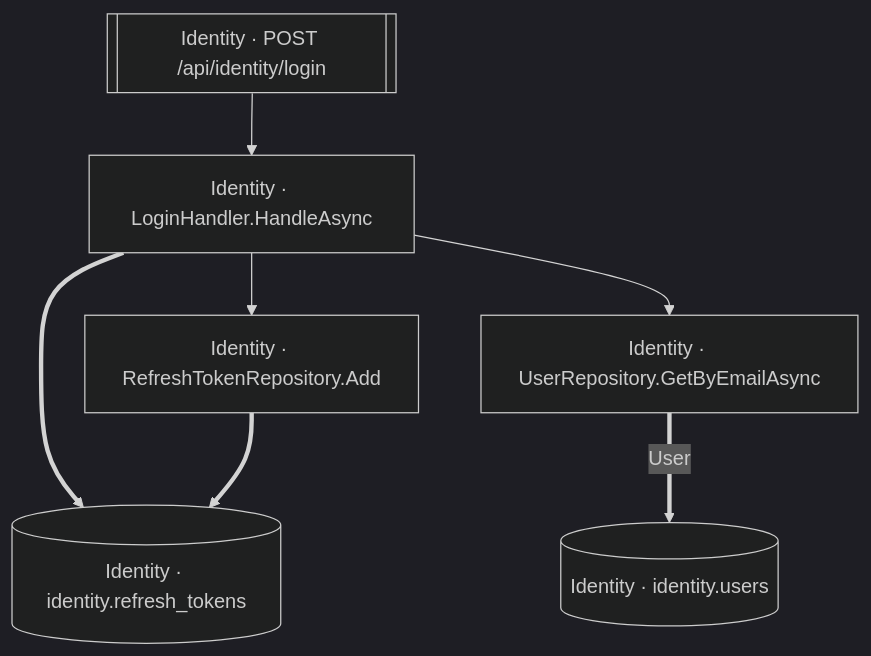
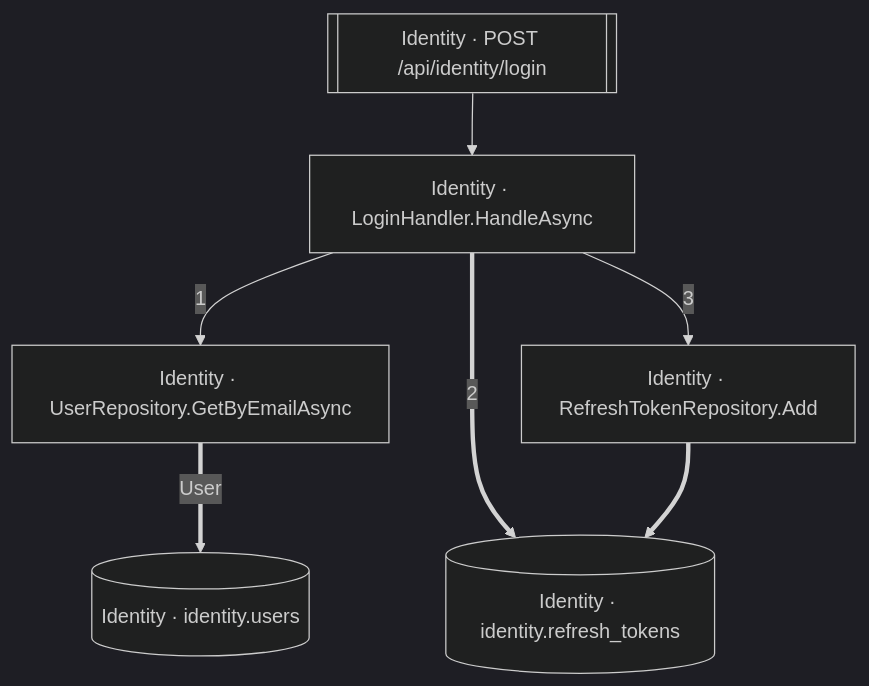
One commit to onurnafiguzel/FlowLens changed the diagram in out/flows/post-api-identity-login.md. Above: the diagram before and after it, drawn with Mermaid (dark theme). The commit also changed other lines of this file and 28 other files, not shown here.

Commit message:
feat(graph): record call sites on CALLS edges and feat(docs): order sibling edges by source position, number call sites and docs: regenerate site with source-ordered flow diagrams

````diff
--- a/out/flows/post-api-identity-login.md
+++ b/out/flows/post-api-identity-login.md
@@ -7,16 +7,16 @@
 ```mermaid
 flowchart TD
   n0["Identity · LoginHandler.HandleAsync"]
   n1["Identity · RefreshTokenRepository.Add"]
   n2["Identity · UserRepository.GetByEmailAsync"]
   n3[["Identity · POST /api/identity/login"]]
   n4[("Identity · identity.refresh_tokens")]
   n5[("Identity · identity.users")]
 
-  n0 --> n1
-  n0 --> n2
-  n0 ==> n4
+  n0 -->|"1"| n2
+  n0 ==>|"2"| n4
+  n0 -->|"3"| n1
   n1 ==> n4
   n2 ==>|"User"| n5
   n3 --> n0
 ```
````
